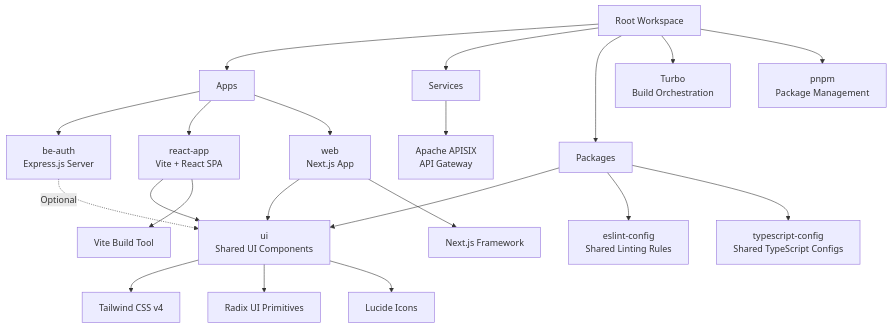
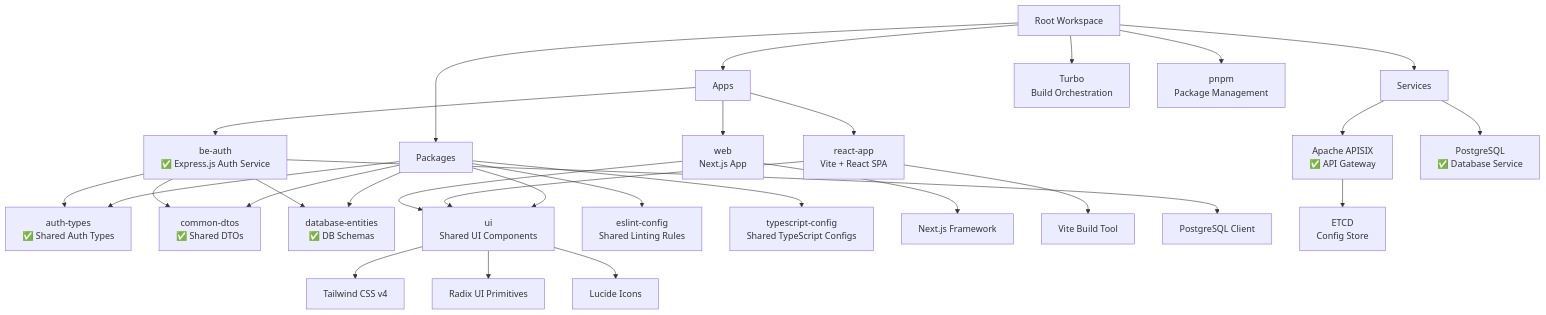
The diagram in docs/repository_architecture.md (ahamedzoha/shonchoy), drawn with Mermaid before and after one commit. The commit also changed other lines of this file and 73 other files, not shown here.

Commit message:
updated be auth service and updated docs

````diff
--- a/docs/repository_architecture.md
+++ b/docs/repository_architecture.md
@@ -16,28 +16,37 @@
 ```mermaid
 graph TD
     A[Root Workspace] --> B[Apps]
     A --> G[Services]
     A --> C[Packages]
 
-    B --> D[be-auth<br/>Express.js Server]
+    B --> D[be-auth<br/>✅ Express.js Auth Service]
     B --> E[react-app<br/>Vite + React SPA]
     B --> F[web<br/>Next.js App]
 
-    C --> H[ui<br/>Shared UI Components]
-    C --> I[eslint-config<br/>Shared Linting Rules]
-    C --> J[typescript-config<br/>Shared TypeScript Configs]
+    C --> H[auth-types<br/>✅ Shared Auth Types]
+    C --> I[common-dtos<br/>✅ Shared DTOs]
+    C --> J[database-entities<br/>✅ DB Schemas]
+    C --> K[ui<br/>Shared UI Components]
+    C --> L[eslint-config<br/>Shared Linting Rules]
+    C --> M[typescript-config<br/>Shared TypeScript Configs]
 
-    E --> H
-    F --> H
-    G --> R[Apache APISIX<br/>API Gateway]
-    D -.->|Optional| H
-    H --> K[Tailwind CSS v4]
-    H --> L[Radix UI Primitives]
-    H --> M[Lucide Icons]
+    D --> H
+    D --> I
+    D --> J
+    E --> K
+    F --> K
+    G --> R[Apache APISIX<br/>✅ API Gateway]
+    G --> S[PostgreSQL<br/>✅ Database Service]
 
-    F --> N[Next.js Framework]
-    E --> O[Vite Build Tool]
+    K --> N[Tailwind CSS v4]
+    K --> O[Radix UI Primitives]
+    K --> P[Lucide Icons]
 
-    A --> P[Turbo<br/>Build Orchestration]
-    A --> Q[pnpm<br/>Package Management]
+    F --> Q[Next.js Framework]
+    E --> T[Vite Build Tool]
+    D --> U[PostgreSQL Client]
+
+    A --> V[Turbo<br/>Build Orchestration]
+    A --> W[pnpm<br/>Package Management]
+    R --> X[ETCD<br/>Config Store]
 ```
````
